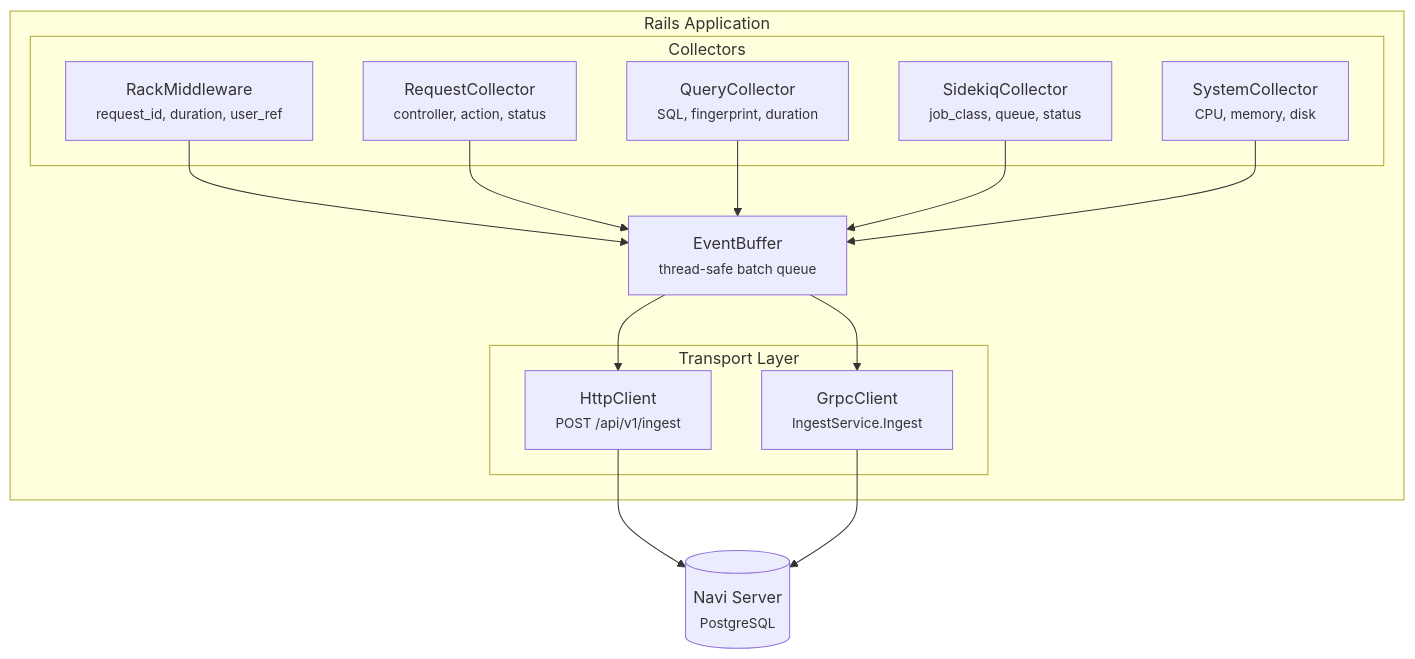
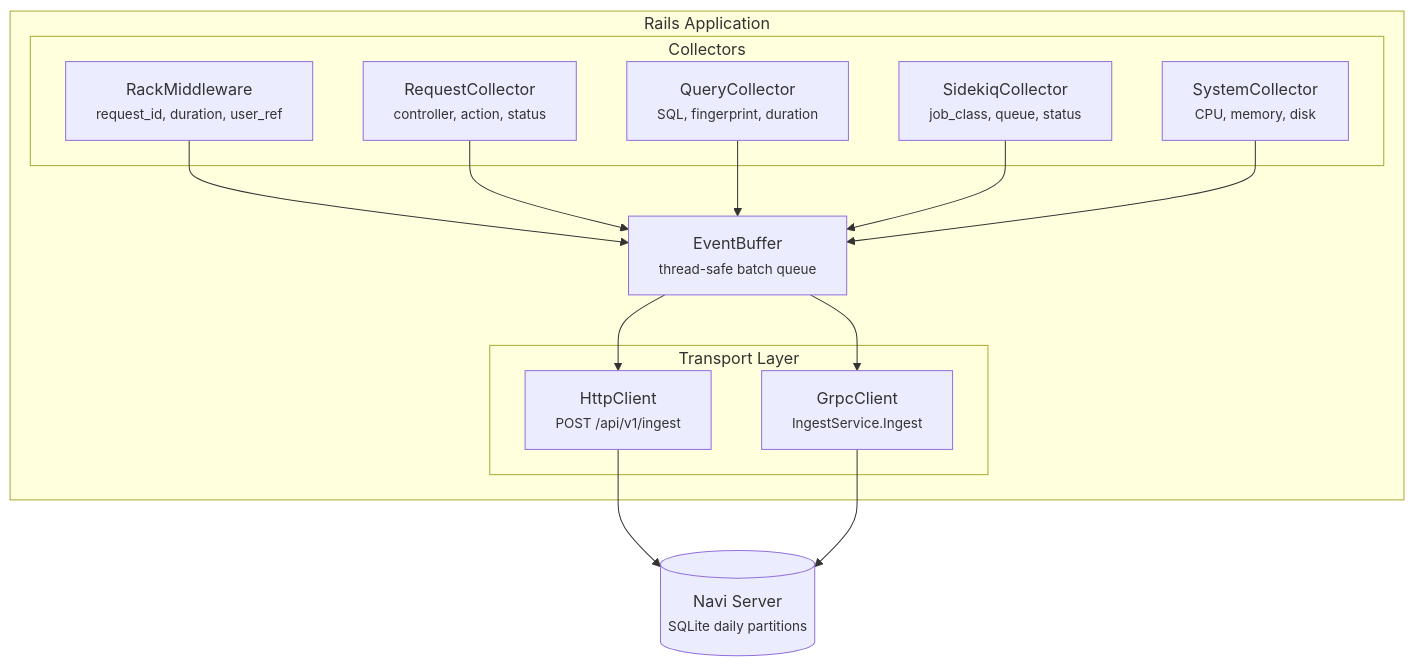
The diagram in README.md (nanocohub/navi-ruby), drawn with Mermaid before and after one commit. The commit also changed other lines of this file, not shown here.

````diff
--- a/README.md
+++ b/README.md
@@ -7,33 +7,33 @@
 ```mermaid
 flowchart TB
     subgraph rails["Rails Application"]
         subgraph collectors["Collectors"]
             rack["RackMiddleware<br/><small>request_id, duration, user_ref</small>"]
             req["RequestCollector<br/><small>controller, action, status</small>"]
             query["QueryCollector<br/><small>SQL, fingerprint, duration</small>"]
             sidekiq["SidekiqCollector<br/><small>job_class, queue, status</small>"]
             system["SystemCollector<br/><small>CPU, memory, disk</small>"]
         end
         
         buffer["EventBuffer<br/><small>thread-safe batch queue</small>"]
         
         subgraph transport["Transport Layer"]
             http["HttpClient<br/><small>POST /api/v1/ingest</small>"]
             grpc["GrpcClient<br/><small>IngestService.Ingest</small>"]
         end
     end
     
-    server[("Navi Server<br/><small>PostgreSQL</small>")]
+    server[("Navi Server<br/><small>SQLite daily partitions</small>")]
     
     rack --> buffer
     req --> buffer
     query --> buffer
     sidekiq --> buffer
     system --> buffer
     
     buffer --> http
     buffer --> grpc
     
     http --> server
     grpc --> server
 ```
````
